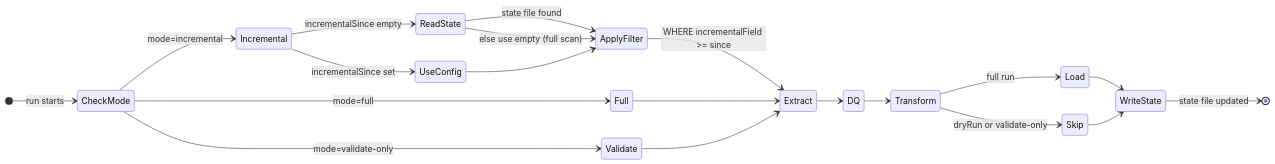
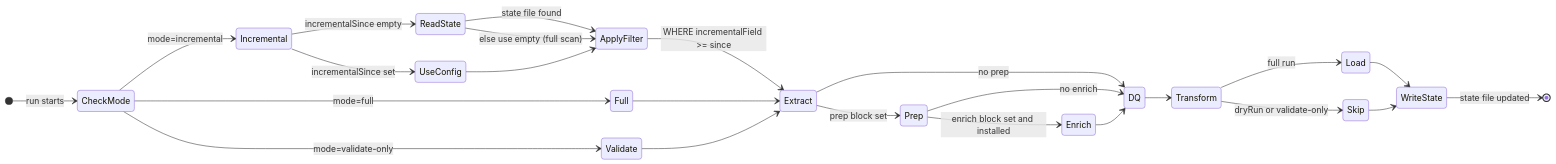
One commit to caracal-lynx/sluice changed diagram 12 of 15 in docs/architecture-diagrams.md. Above: the diagram before and after it, drawn with Mermaid. The commit also changed other lines of this file, not shown here.

First line of the commit message:
docs(sluice): correct the architecture diagrams and add a stages overview (#99)

````diff
--- a/docs/architecture-diagrams.md
+++ b/docs/architecture-diagrams.md
@@ -540,28 +676,32 @@
 ```mermaid
 stateDiagram-v2
     direction LR
     [*] --> CheckMode : run starts
 
     CheckMode --> Full : mode=full
     CheckMode --> Validate : mode=validate-only
     CheckMode --> Incremental : mode=incremental
 
     Incremental --> ReadState : incrementalSince empty
     Incremental --> UseConfig : incrementalSince set
     ReadState --> ApplyFilter : state file found
     ReadState --> ApplyFilter : else use empty (full scan)
     UseConfig --> ApplyFilter
 
     ApplyFilter --> Extract : WHERE incrementalField >= since
 
     Full --> Extract
     Validate --> Extract
 
-    Extract --> DQ
+    Extract --> Prep : prep block set
+    Extract --> DQ : no prep
+    Prep --> Enrich : enrich block set and installed
+    Prep --> DQ : no enrich
+    Enrich --> DQ
     DQ --> Transform
     Transform --> Load : full run
     Transform --> Skip : dryRun or validate-only
     Load --> WriteState
     Skip --> WriteState
     WriteState --> [*] : state file updated
 ```
````
